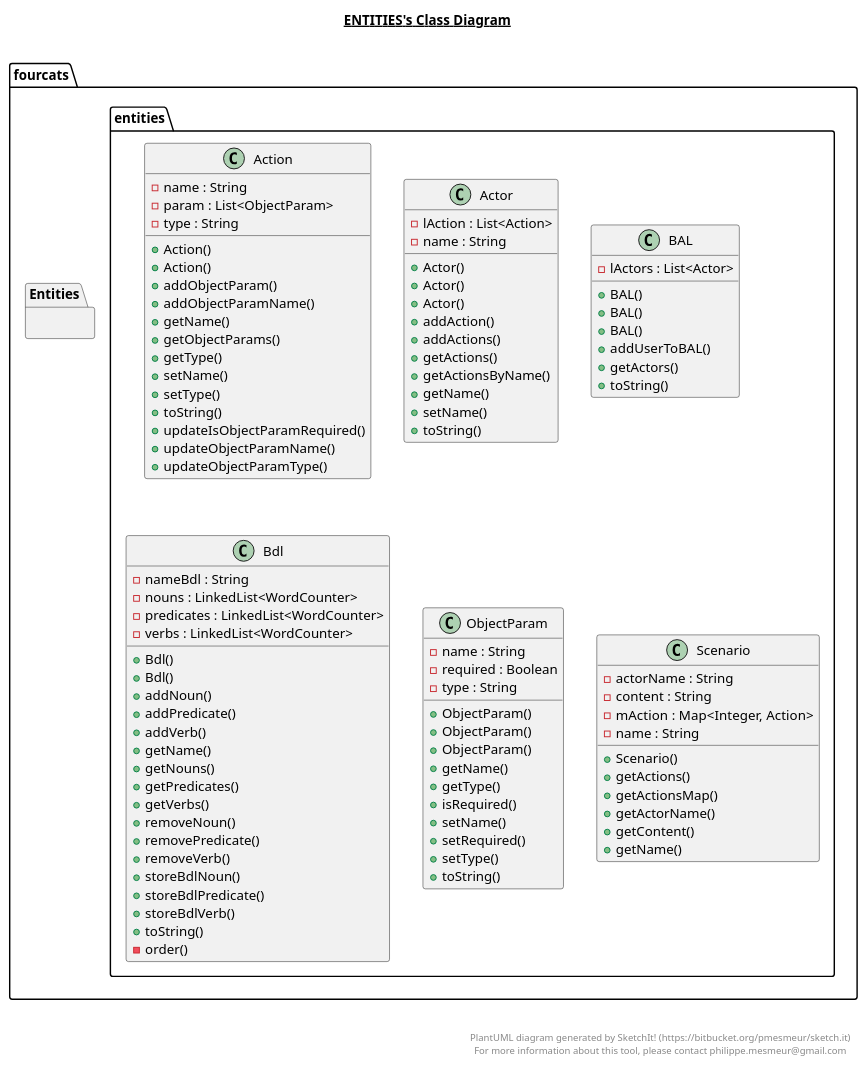
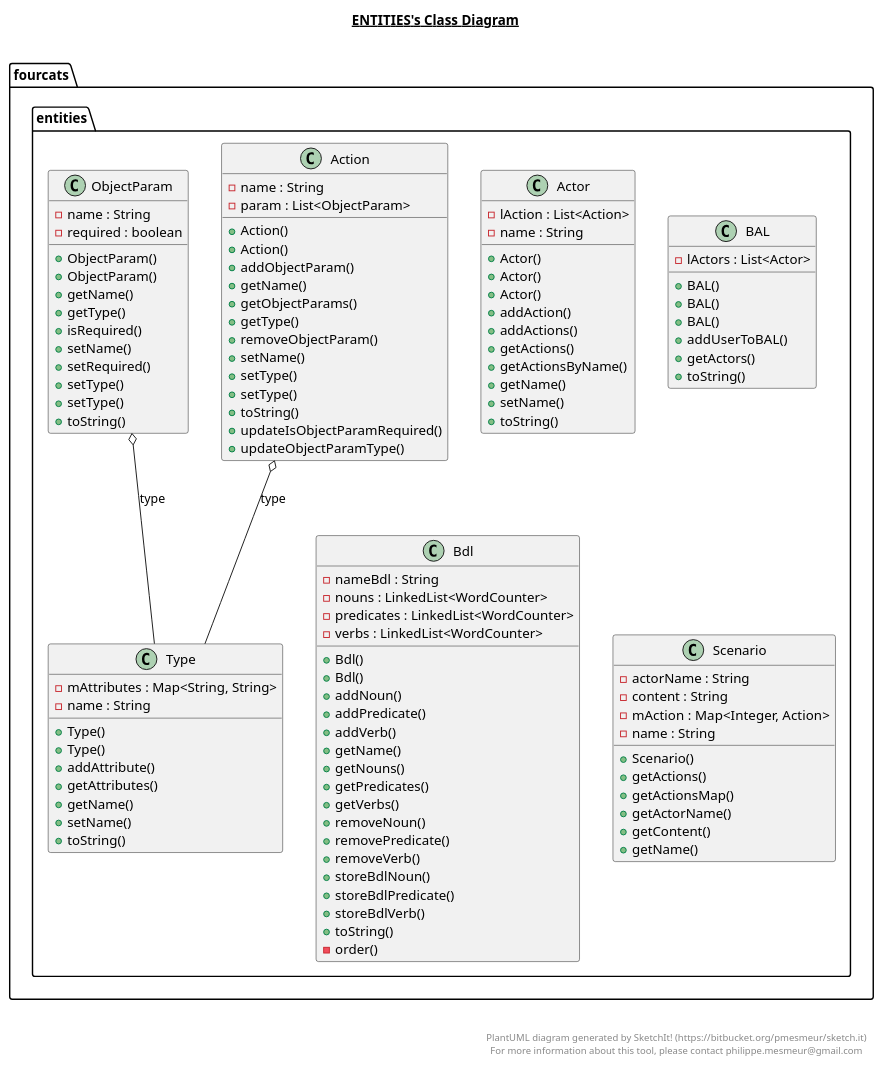
One commit to fourcatsteam/NaturalAPI changed the diagram in NaturalAPI_Design/src/main/java/fourcats/entities/Entities.plantuml. Above: the diagram before and after it, drawn with PlantUML. The commit also changed 22 other files, not shown here.

```diff
--- a/NaturalAPI_Design/src/main/java/fourcats/entities/Entities.plantuml
+++ b/NaturalAPI_Design/src/main/java/fourcats/entities/Entities.plantuml
@@ -1,141 +1,158 @@
 @startuml
 
 title __ENTITIES's Class Diagram__\n
 
   namespace fourcats {
-    namespace Entities {
+    namespace entities {
       class fourcats.entities.Action {
           - name : String
           - param : List<ObjectParam>
-          - type : String
           + Action()
           + Action()
           + addObjectParam()
-          + addObjectParamName()
           + getName()
           + getObjectParams()
           + getType()
+          + removeObjectParam()
           + setName()
+          + setType()
           + setType()
           + toString()
           + updateIsObjectParamRequired()
-          + updateObjectParamName()
           + updateObjectParamType()
       }
     }
   }
   
 
   namespace fourcats {
-    namespace Entities {
+    namespace entities {
       class fourcats.entities.Actor {
           - lAction : List<Action>
           - name : String
           + Actor()
           + Actor()
           + Actor()
           + addAction()
           + addActions()
           + getActions()
           + getActionsByName()
           + getName()
           + setName()
           + toString()
       }
     }
   }
   
 
   namespace fourcats {
-    namespace Entities {
+    namespace entities {
       class fourcats.entities.BAL {
           - lActors : List<Actor>
           + BAL()
           + BAL()
           + BAL()
           + addUserToBAL()
           + getActors()
           + toString()
       }
     }
   }
   
 
   namespace fourcats {
-    namespace Entities {
+    namespace entities {
       class fourcats.entities.Bdl {
           - nameBdl : String
           - nouns : LinkedList<WordCounter>
           - predicates : LinkedList<WordCounter>
           - verbs : LinkedList<WordCounter>
           + Bdl()
           + Bdl()
           + addNoun()
           + addPredicate()
           + addVerb()
           + getName()
           + getNouns()
           + getPredicates()
           + getVerbs()
           + removeNoun()
           + removePredicate()
           + removeVerb()
           + storeBdlNoun()
           + storeBdlPredicate()
           + storeBdlVerb()
           + toString()
           - order()
       }
     }
   }
   
 
   namespace fourcats {
-    namespace Entities {
+    namespace entities {
       class fourcats.entities.ObjectParam {
           - name : String
-          - required : Boolean
-          - type : String
-          + ObjectParam()
+          - required : boolean
           + ObjectParam()
           + ObjectParam()
           + getName()
           + getType()
           + isRequired()
           + setName()
           + setRequired()
           + setType()
+          + setType()
           + toString()
       }
     }
   }
   
 
   namespace fourcats {
-    namespace Entities {
+    namespace entities {
       class fourcats.entities.Scenario {
           - actorName : String
           - content : String
           - mAction : Map<Integer, Action>
           - name : String
           + Scenario()
           + getActions()
           + getActionsMap()
           + getActorName()
           + getContent()
           + getName()
       }
     }
   }
   
 
+  namespace fourcats {
+    namespace entities {
+      class fourcats.entities.Type {
+          - mAttributes : Map<String, String>
+          - name : String
+          + Type()
+          + Type()
+          + addAttribute()
+          + getAttributes()
+          + getName()
+          + setName()
+          + toString()
+      }
+    }
+  }
+  
+
+  fourcats.entities.Action o-- fourcats.entities.Type : type
+  fourcats.entities.ObjectParam o-- fourcats.entities.Type : type
 
 
 right footer
 
 
 PlantUML diagram generated by SketchIt! (https://bitbucket.org/pmesmeur/sketch.it)
 For more information about this tool, please contact philippe.mesmeur@gmail.com
 endfooter
 
 @enduml
```
